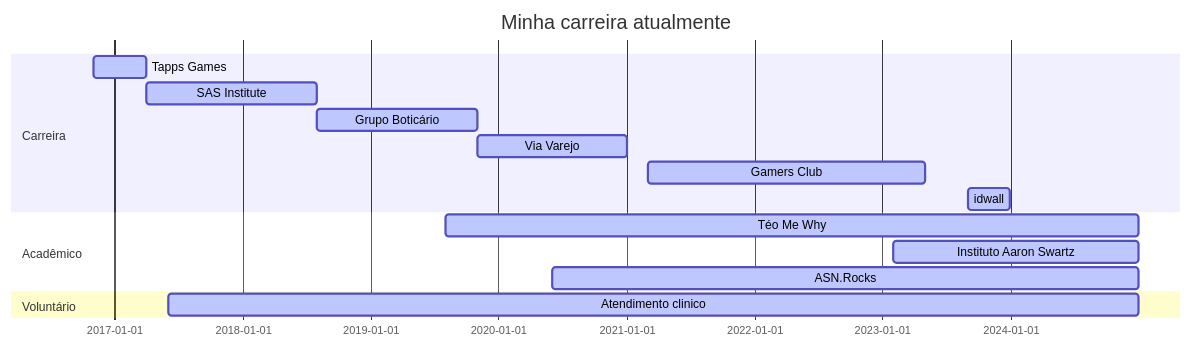
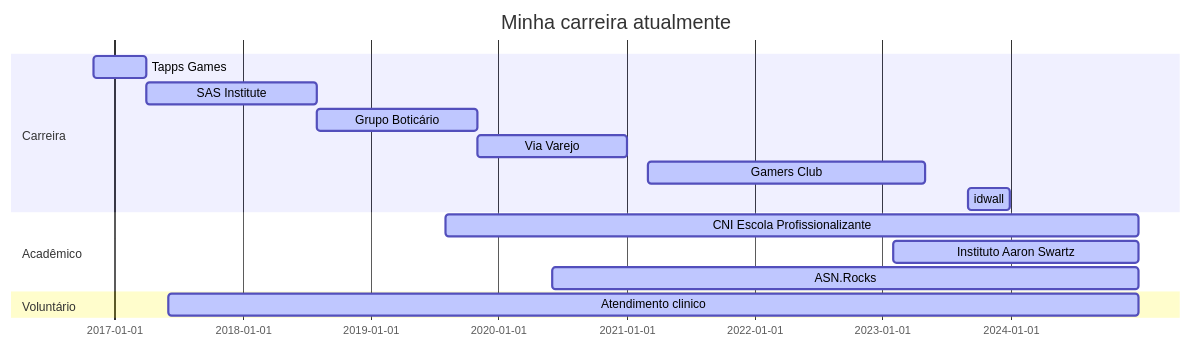
One commit to Ridd1kulusC0d3r/Ridd1kulusC0d3r changed the diagram in README.md. Above: the diagram before and after it, drawn with Mermaid.

````diff
--- a/README.md
+++ b/README.md
@@ -9,22 +9,22 @@
 ```mermaid
 
 gantt
 dateFormat  YYYY-MM-DD
 title Minha carreira atualmente
 
 section Carreira
 Tapps Games           :active,, 2016-11-01,2017-04-01
 SAS Institute         :active,, 2017-04-01,2018-08-01
 Grupo Boticário       :active,, 2018-08-01,2019-11-01
 Via Varejo            :active,, 2019-11-01,2021-01-01
 Gamers Club           :active,, 2021-03-01,2023-05-01
 idwall                :active,, 2023-09-01,2023-12-31
 
 section Acadêmico
-Téo Me Why             :active,, 2019-08-01,2024-12-31
+CNI Escola Profissionalizante            :active,, 2019-08-01,2024-12-31
 Instituto Aaron Swartz :active,, 2023-02-01,2024-12-31
 ASN.Rocks              :active,, 2020-06-01,2024-12-31
 
 section Voluntário
 Atendimento clinico    :active,, 2017-06-01,2024-12-31
 ```
````
